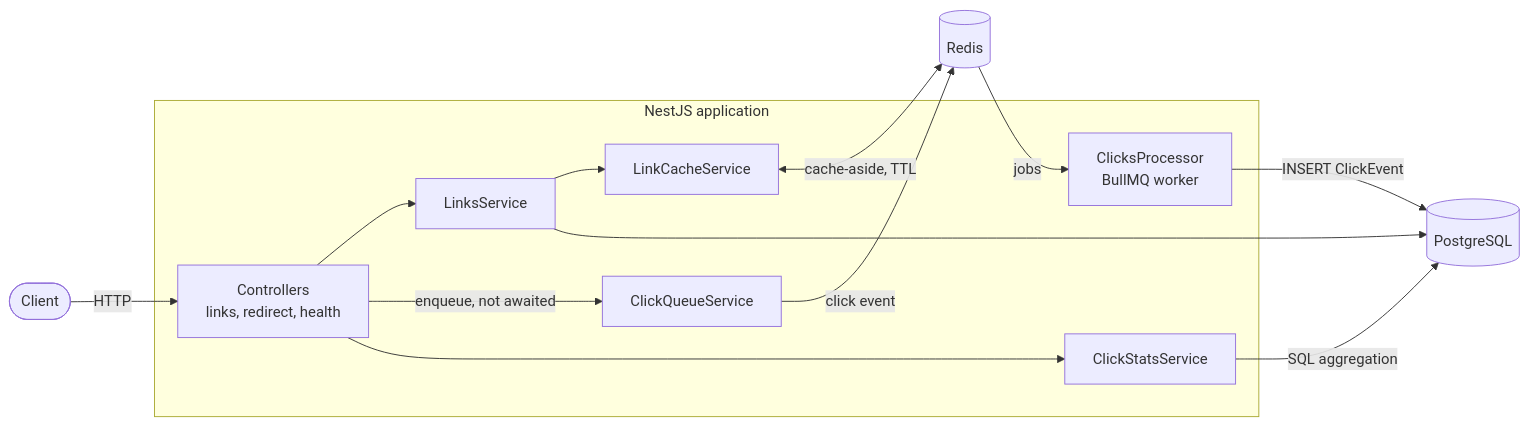
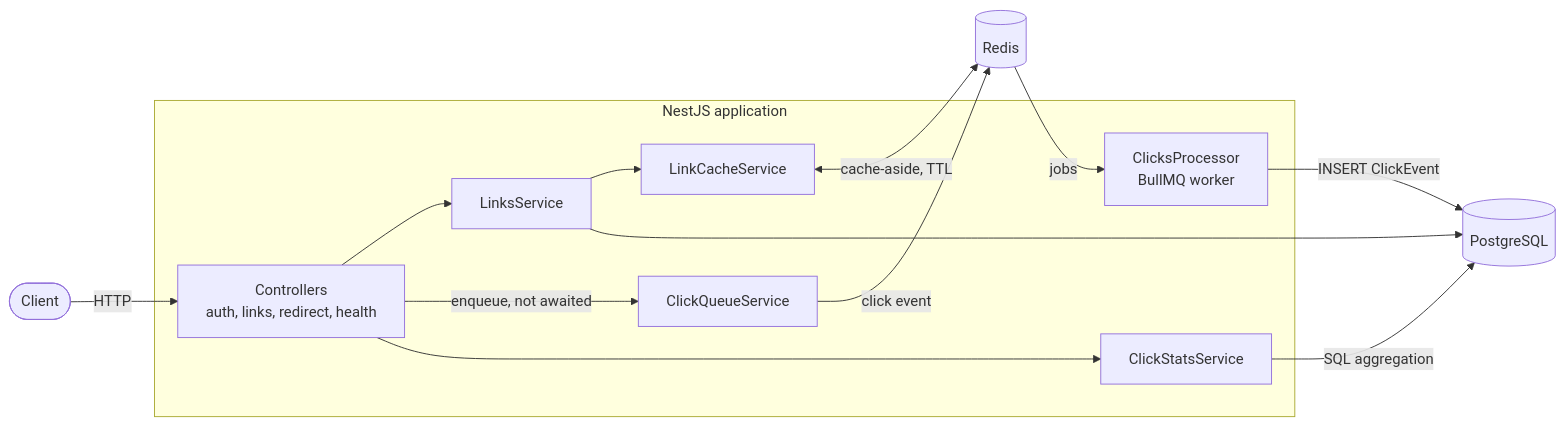
Before and after one commit to m-honcharenko/snip: the first of 2 diagrams in README.md, drawn with Mermaid. The commit also changed other lines of this file and 44 other files, not shown here.

````diff
--- a/README.md
+++ b/README.md
@@ -93,22 +110,22 @@
 ```mermaid
 flowchart LR
   Client([Client]) -->|HTTP| API
   subgraph App["NestJS application"]
-    API["Controllers<br/>links, redirect, health"]
+    API["Controllers<br/>auth, links, redirect, health"]
     Svc[LinksService]
     Cache[LinkCacheService]
     Queue[ClickQueueService]
     Worker["ClicksProcessor<br/>BullMQ worker"]
     Stats[ClickStatsService]
     API --> Svc
     Svc --> Cache
     API -->|"enqueue, not awaited"| Queue
     API --> Stats
   end
   Cache <-->|"cache-aside, TTL"| Redis[(Redis)]
   Queue -->|click event| Redis
   Redis -->|jobs| Worker
   Svc --> PG[(PostgreSQL)]
   Worker -->|"INSERT ClickEvent"| PG
   Stats -->|"SQL aggregation"| PG
 ```
````
